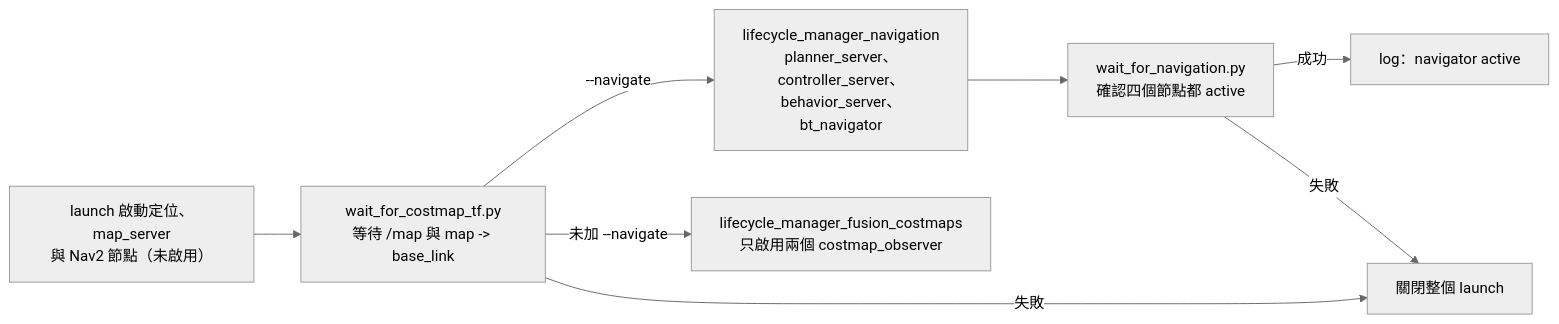
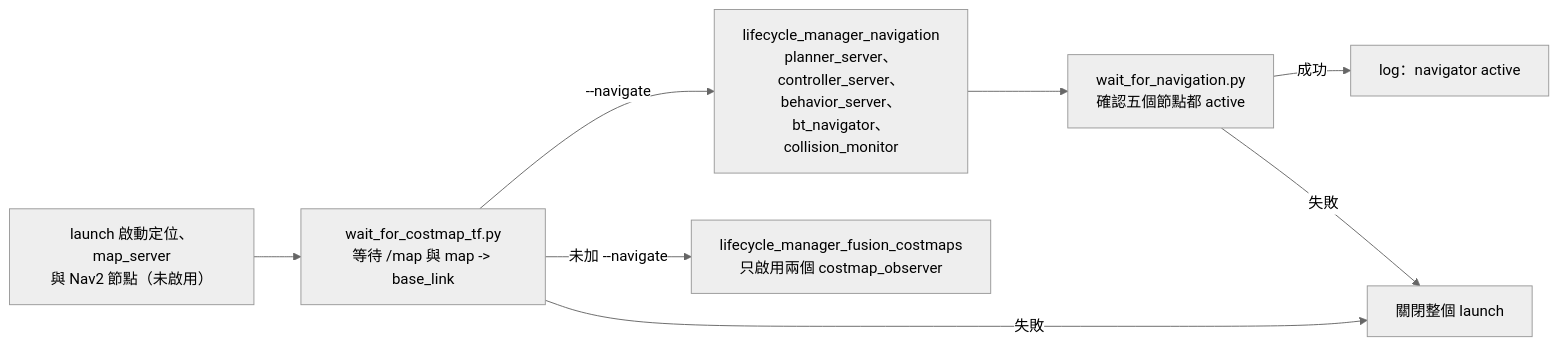
One commit to piggaycheng/isaacsim_fast-lio2-slam changed the fifth of 5 diagrams in docs/nav.md. Above: the diagram before and after it, drawn with Mermaid (neutral theme). The commit also changed other lines of this file and 7 other files, not shown here.

First line of the commit message:
Add Nav2 collision_monitor before cmd_vel_safety

````diff
--- a/docs/nav.md
+++ b/docs/nav.md
@@ -181,10 +263,10 @@
 ```mermaid
 flowchart LR
     Start["launch 啟動定位、map_server<br/>與 Nav2 節點（未啟用）"] --> Ready["wait_for_costmap_tf.py<br/>等待 /map 與 map -> base_link"]
-    Ready -->|"--navigate"| NavMgr["lifecycle_manager_navigation<br/>planner_server、controller_server、<br/>behavior_server、bt_navigator"]
+    Ready -->|"--navigate"| NavMgr["lifecycle_manager_navigation<br/>planner_server、controller_server、<br/>behavior_server、bt_navigator、<br/>collision_monitor"]
     Ready -->|"未加 --navigate"| CostMgr["lifecycle_manager_fusion_costmaps<br/>只啟用兩個 costmap_observer"]
-    NavMgr --> NavReady["wait_for_navigation.py<br/>確認四個節點都 active"]
+    NavMgr --> NavReady["wait_for_navigation.py<br/>確認五個節點都 active"]
     NavReady -->|"成功"| Log["log：navigator active"]
     Ready -->|"失敗"| Stop["關閉整個 launch"]
     NavReady -->|"失敗"| Stop
 ```
````
